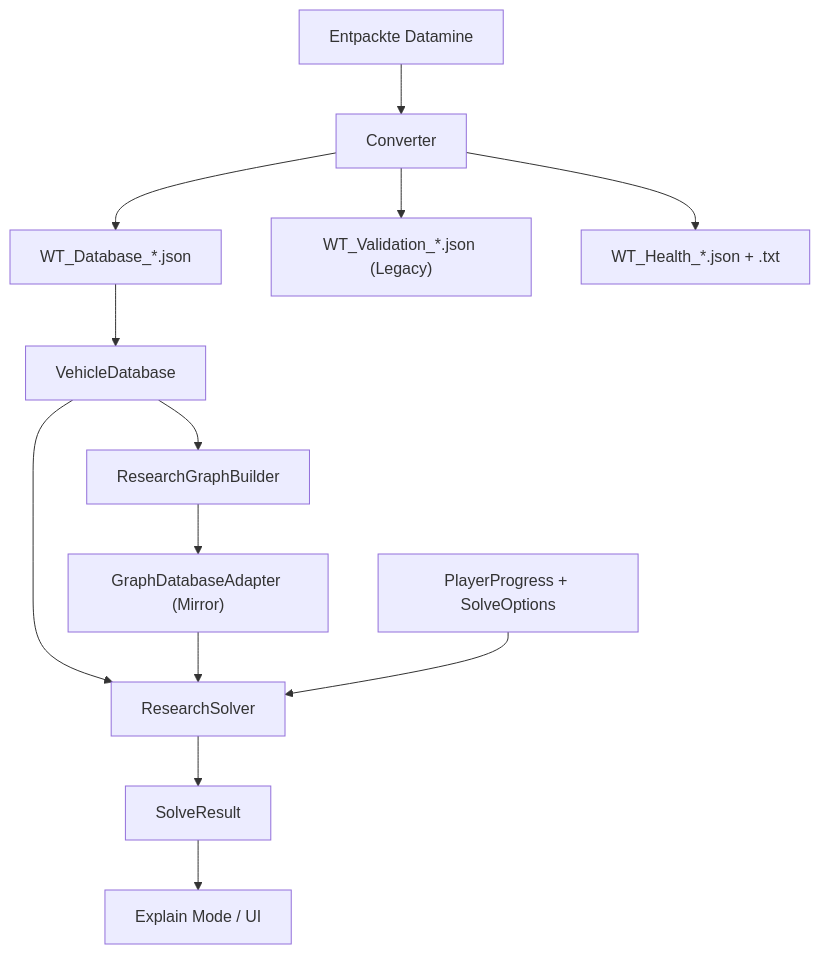
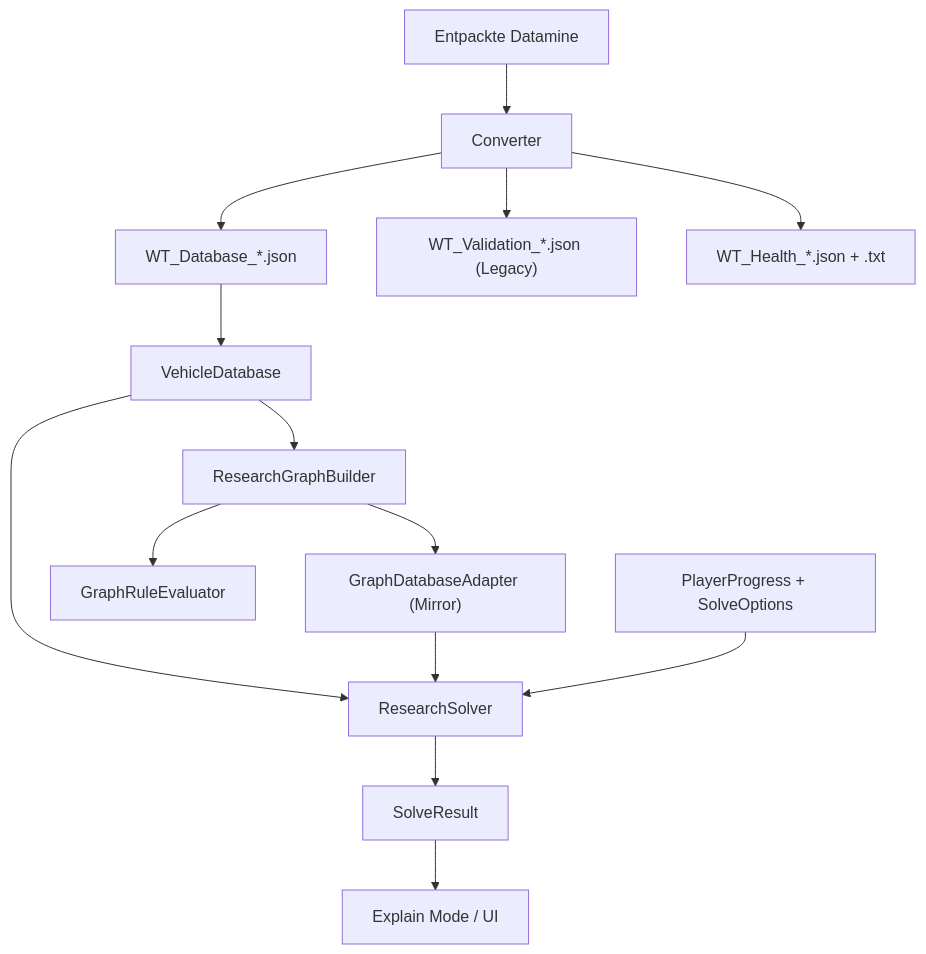
The diagram in docs/02_ARCHITECTURE.md (wursti10-cmyk/wurstbrot-suite), drawn with Mermaid before and after one commit. The commit also changed other lines of this file and 22 other files, not shown here.

First line of the commit message:
Accuracy: add graph rule evaluation semantics (#6)

````diff
--- a/docs/02_ARCHITECTURE.md
+++ b/docs/02_ARCHITECTURE.md
@@ -18,15 +19,16 @@
 ```mermaid
 flowchart TD
   D["Entpackte Datamine"] --> C["Converter"]
   C --> J["WT_Database_*.json"]
   C --> V["WT_Validation_*.json (Legacy)"]
   C --> H["WT_Health_*.json + .txt"]
   J --> DB["VehicleDatabase"]
   DB --> G["ResearchGraphBuilder"]
   G --> A["GraphDatabaseAdapter (Mirror)"]
+  G --> RE["GraphRuleEvaluator"]
   DB --> S["ResearchSolver"]
   A --> S
   P["PlayerProgress + SolveOptions"] --> S
   S --> R["SolveResult"]
   R --> E["Explain Mode / UI"]
 ```
````
